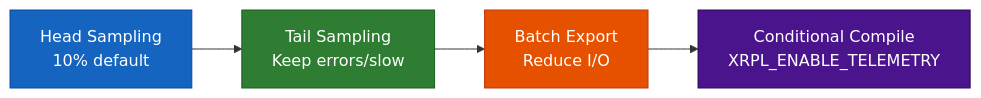
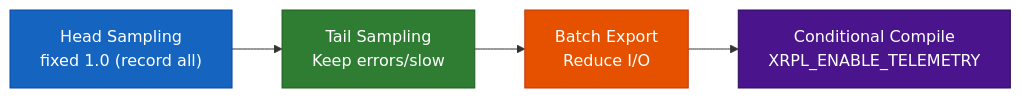
One commit to XRPLF/rippled changed the tenth of 14 diagrams in OpenTelemetryPlan/presentation.md. Above: the diagram before and after it, drawn with Mermaid. The commit also changed other lines of this file and 4 other files, not shown here.

````diff
--- a/OpenTelemetryPlan/presentation.md
+++ b/OpenTelemetryPlan/presentation.md
@@ -458,9 +465,9 @@
 ```mermaid
 flowchart LR
-    A["Head Sampling<br/>10% default"] --> B["Tail Sampling<br/>Keep errors/slow"] --> C["Batch Export<br/>Reduce I/O"] --> D["Conditional Compile<br/>XRPL_ENABLE_TELEMETRY"]
+    A["Head Sampling<br/>fixed 1.0 (record all)"] --> B["Tail Sampling<br/>Keep errors/slow"] --> C["Batch Export<br/>Reduce I/O"] --> D["Conditional Compile<br/>XRPL_ENABLE_TELEMETRY"]
 
     style A fill:#1565c0,stroke:#0d47a1,color:#fff
     style B fill:#2e7d32,stroke:#1b5e20,color:#fff
     style C fill:#e65100,stroke:#bf360c,color:#fff
     style D fill:#4a148c,stroke:#2e0d57,color:#fff
 ```
````
